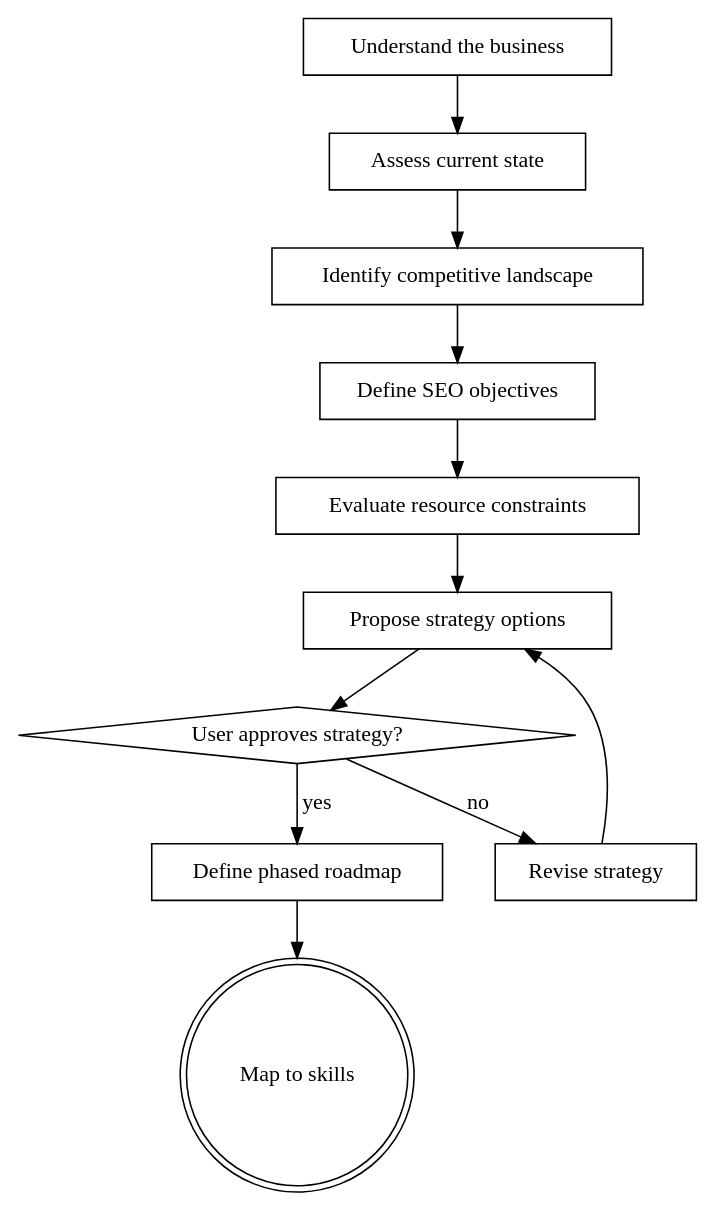
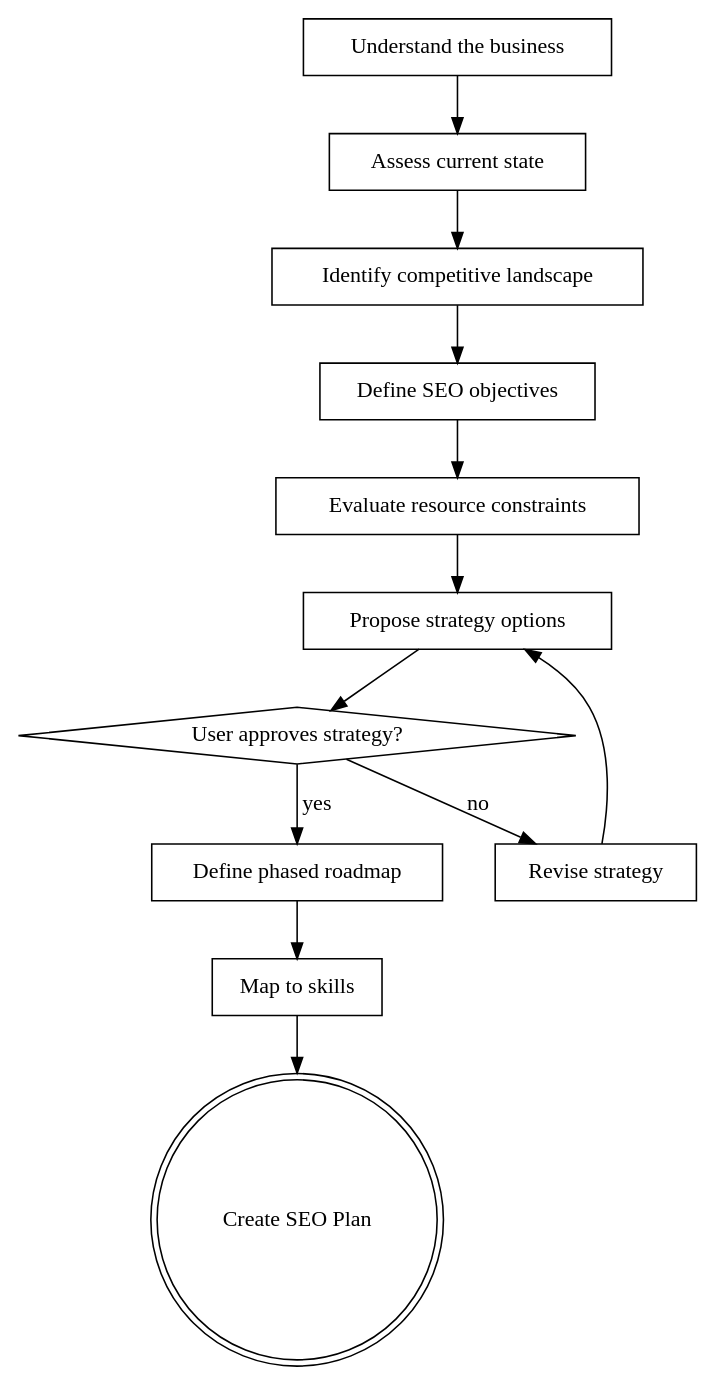
The diagram in skills/seo-brainstorming/SKILL.md (infr/seo-superpowers), drawn with Graphviz before and after one commit. The commit also changed other lines of this file and 21 other files, not shown here.

Commit message:
Add persistent seo-plan.md cross-skill context

````diff
--- a/skills/seo-brainstorming/SKILL.md
+++ b/skills/seo-brainstorming/SKILL.md
@@ -42,26 +43,28 @@
 ```dot
 digraph seo_brainstorming {
     rankdir=TB;
     "Understand the business" [shape=box];
     "Assess current state" [shape=box];
     "Identify competitive landscape" [shape=box];
     "Define SEO objectives" [shape=box];
     "Evaluate resource constraints" [shape=box];
     "Propose strategy options" [shape=box];
     "User approves strategy?" [shape=diamond];
     "Revise strategy" [shape=box];
     "Define phased roadmap" [shape=box];
-    "Map to skills" [shape=doublecircle];
+    "Map to skills" [shape=box];
+    "Create SEO Plan" [shape=doublecircle];
 
     "Understand the business" -> "Assess current state";
     "Assess current state" -> "Identify competitive landscape";
     "Identify competitive landscape" -> "Define SEO objectives";
     "Define SEO objectives" -> "Evaluate resource constraints";
     "Evaluate resource constraints" -> "Propose strategy options";
     "Propose strategy options" -> "User approves strategy?";
     "User approves strategy?" -> "Revise strategy" [label="no"];
     "Revise strategy" -> "Propose strategy options";
     "User approves strategy?" -> "Define phased roadmap" [label="yes"];
     "Define phased roadmap" -> "Map to skills";
+    "Map to skills" -> "Create SEO Plan";
 }
 ```
````
